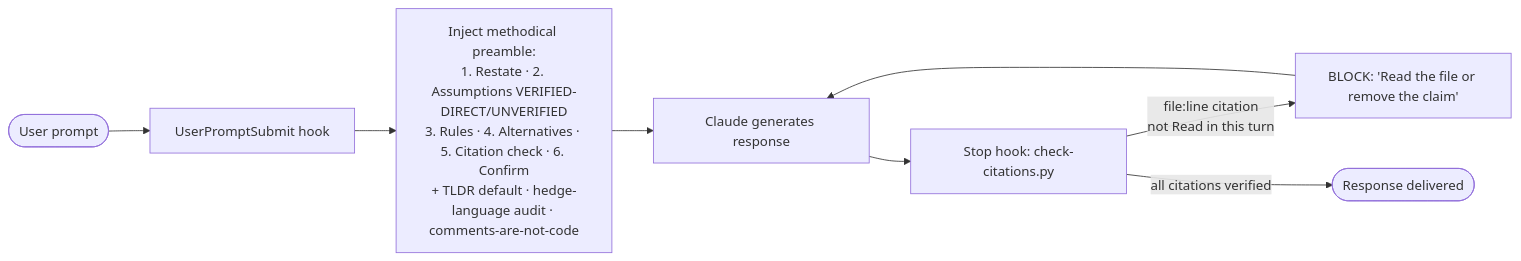
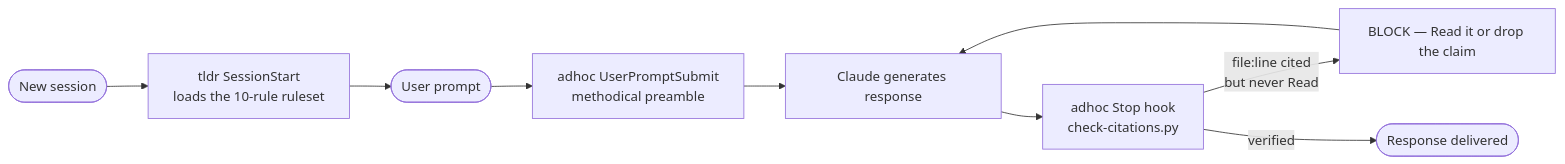
Before and after one commit to alphabravo-oss/guild: the second of 2 diagrams in README.md, drawn with Mermaid. The commit also changed other lines of this file and 12 other files, not shown here.

````diff
--- a/README.md
+++ b/README.md
@@ -75,10 +274,11 @@
 ```mermaid
 flowchart LR
-    user([User prompt]) --> up[UserPromptSubmit hook]
-    up --> preamble["Inject methodical preamble:<br/>1. Restate · 2. Assumptions VERIFIED-DIRECT/UNVERIFIED<br/>3. Rules · 4. Alternatives · 5. Citation check · 6. Confirm<br/>+ TLDR default · hedge-language audit · comments-are-not-code"]
-    preamble --> claude[Claude generates response]
-    claude --> stop[Stop hook: check-citations.py]
-    stop -->|"file:line citation<br/>not Read in this turn"| block[BLOCK: 'Read the file or remove the claim']
+    start([New session]) --> tldrss["tldr SessionStart<br/>loads the 10-rule ruleset"]
+    tldrss --> user([User prompt])
+    user --> up["adhoc UserPromptSubmit<br/>methodical preamble"]
+    up --> claude[Claude generates response]
+    claude --> stop["adhoc Stop hook<br/>check-citations.py"]
+    stop -->|"file:line cited<br/>but never Read"| block["BLOCK — Read it or drop the claim"]
     block --> claude
-    stop -->|all citations verified| out([Response delivered])
+    stop -->|verified| out([Response delivered])
 ```
````
